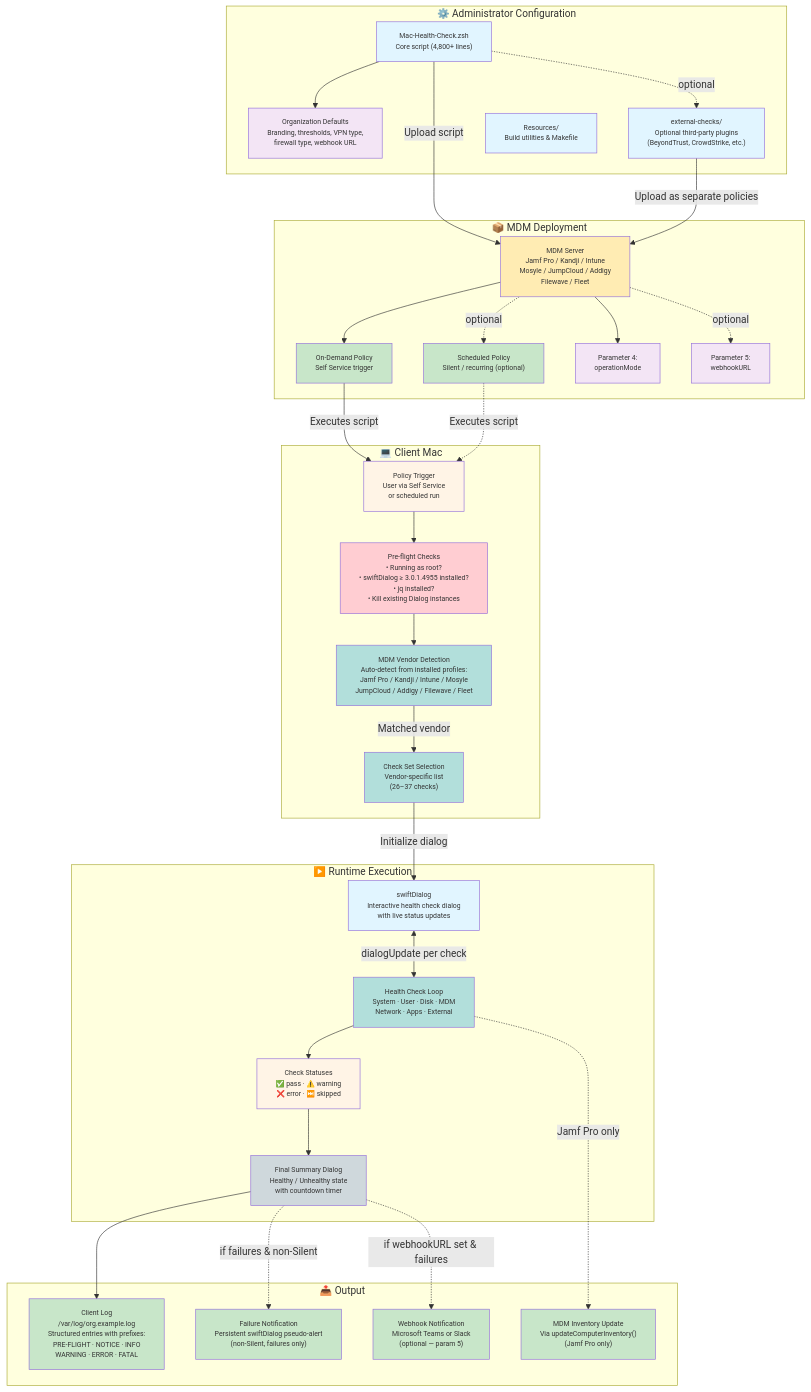
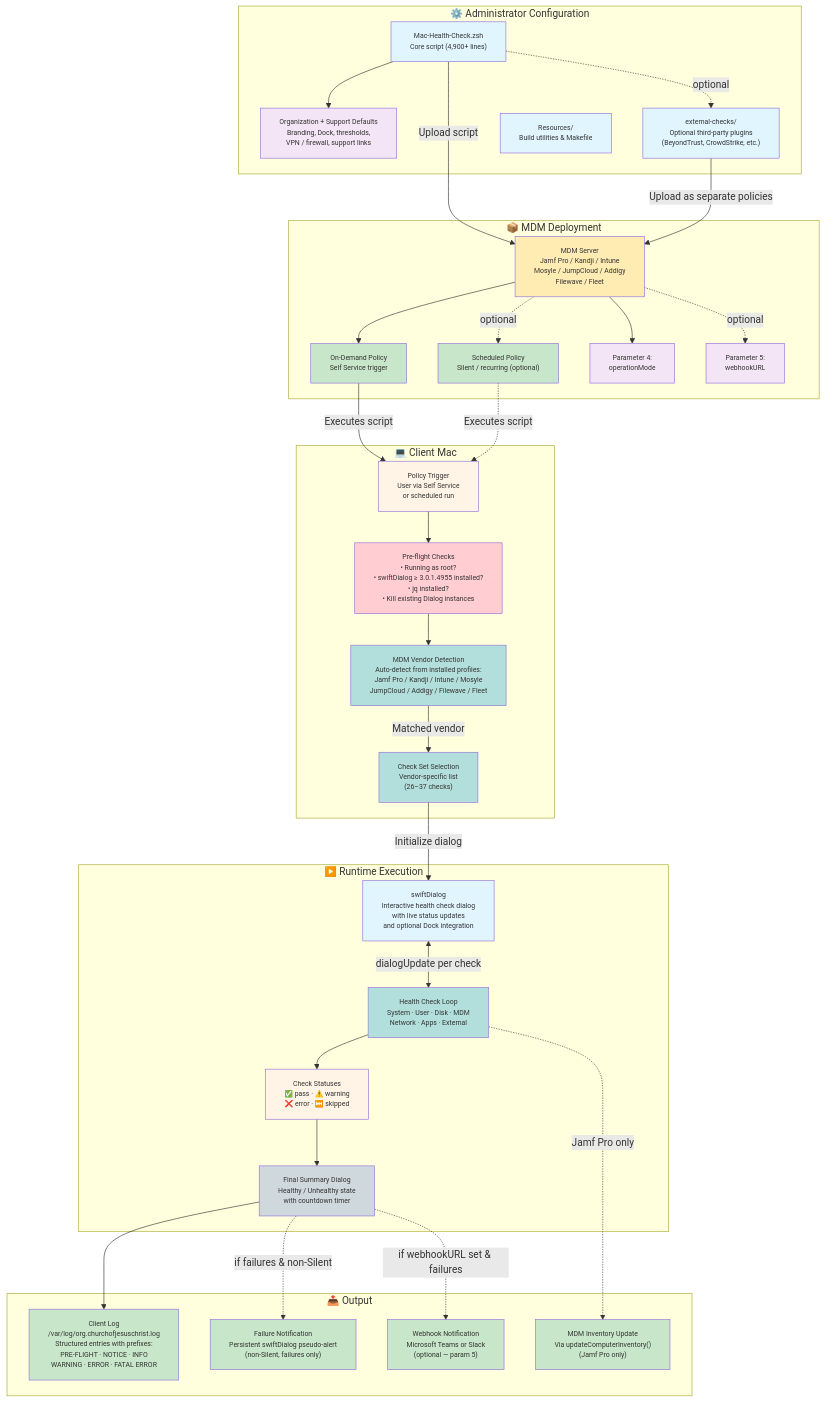
One commit to dan-snelson/Mac-Health-Check changed the diagram in Diagrams/01-system-architecture.md. Above: the diagram before and after it, drawn with Mermaid. The commit also changed other lines of this file and 15 other files, not shown here.

````diff
--- a/Diagrams/01-system-architecture.md
+++ b/Diagrams/01-system-architecture.md
@@ -5,8 +5,8 @@
 ```mermaid
 graph TB
     subgraph Admin["⚙️ Administrator Configuration"]
-        SCRIPT["Mac-Health-Check.zsh<br>Core script (4,800+ lines)"]
-        ORGVARS["Organization Defaults<br>Branding, thresholds, VPN type,<br>firewall type, webhook URL"]
+        SCRIPT["Mac-Health-Check.zsh<br>Core script (4,900+ lines)"]
+        ORGVARS["Organization + Support Defaults<br>Branding, Dock, thresholds,<br>VPN / firewall, support links"]
         EXTCHECKS["external-checks/<br>Optional third-party plugins<br>(BeyondTrust, CrowdStrike, etc.)"]
         RESOURCES["Resources/<br>Build utilities & Makefile"]
 
@@ -59,7 +59,7 @@
     end
 
     subgraph Runtime["▶️ Runtime Execution"]
-        DIALOG["swiftDialog<br>Interactive health check dialog<br>with live status updates"]
+        DIALOG["swiftDialog<br>Interactive health check dialog<br>with live status updates<br>and optional Dock integration"]
         CHECKLOOP["Health Check Loop<br>System · User · Disk · MDM<br>Network · Apps · External"]
         STATUSES["Check Statuses<br>✅ pass · ⚠️ warning<br>❌ error · ⏭️ skipped"]
         FINAL["Final Summary Dialog<br>Healthy / Unhealthy state<br>with countdown timer"]
@@ -76,7 +76,7 @@
     end
 
     subgraph Output["📤 Output"]
-        LOG["Client Log<br>/var/log/org.example.log<br>Structured entries with prefixes:<br>PRE-FLIGHT · NOTICE · INFO<br>WARNING · ERROR · FATAL"]
+        LOG["Client Log<br>/var/log/org.churchofjesuschrist.log<br>Structured entries with prefixes:<br>PRE-FLIGHT · NOTICE · INFO<br>WARNING · ERROR · FATAL ERROR"]
         FAILNOTE["Failure Notification<br>Persistent swiftDialog pseudo-alert<br>(non-Silent, failures only)"]
         WEBHOOK["Webhook Notification<br>Microsoft Teams or Slack<br>(optional — param 5)"]
         INVENTORY["MDM Inventory Update<br>Via updateComputerInventory()<br>(Jamf Pro only)"]
````
